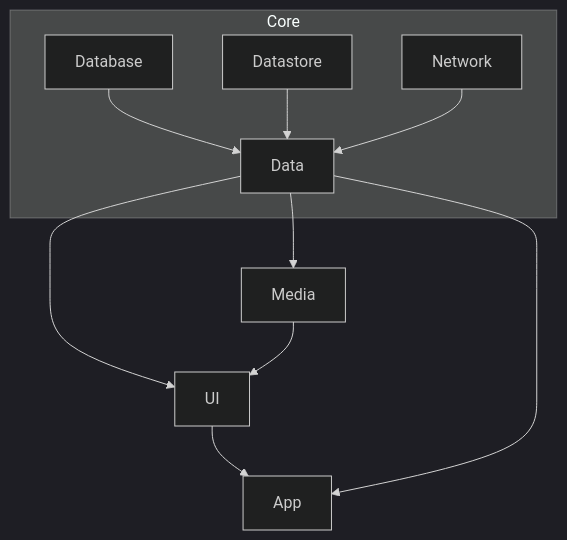
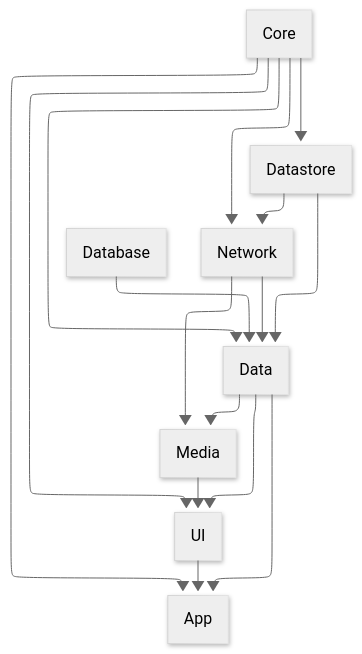
Before and after one commit to 100nandoo/shelfdroid: the first of 2 diagrams in DOCS.md, drawn with Mermaid. The commit also changed 12 other files, not shown here.

````diff
--- a/DOCS.md
+++ b/DOCS.md
@@ -11,24 +11,17 @@
 ```mermaid
 ---
 config:
-  theme: dark
+  look: neo
+  theme: neutral
+  layout: elk
 ---
 flowchart TD
-    A[App]
-    B[Database]
-    D[Data]
-    M[Media]
-    N[Network]
-    S[Datastore]
-    U[UI]
-    D --> U
+    D["Data"] --> U["UI"] & A["App"] & M["Media"]
     U --> A
-    D --> A
     M --> U
-    D --> M
-    subgraph Core
-        B --> D
-        S --> D
-        N --> D
-    end
+    B["Database"] --> D
+    S["Datastore"] --> D & N["Network"]
+    N --> D & M
+    C["Core"] --> A & D & S & N & U
+
 ```
````
